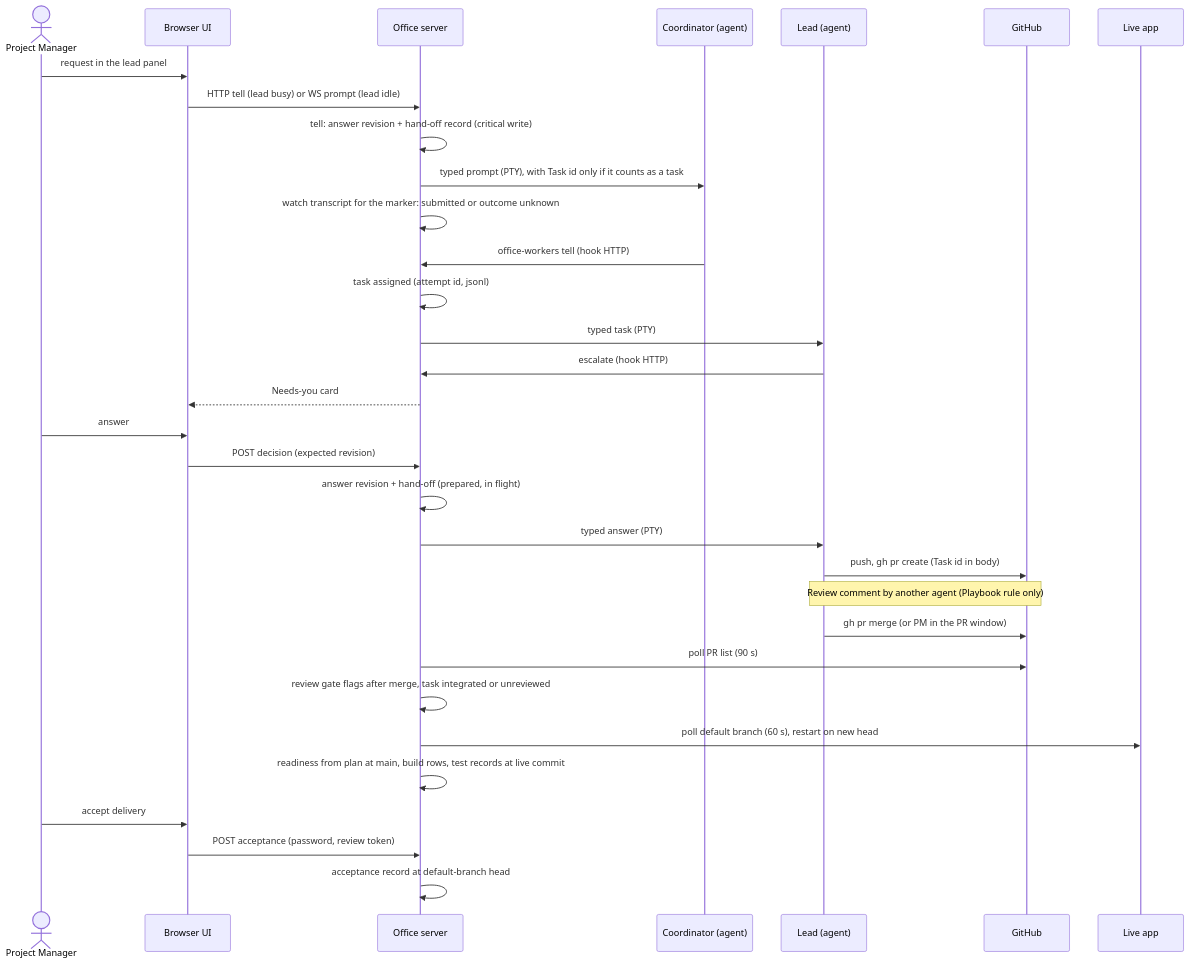
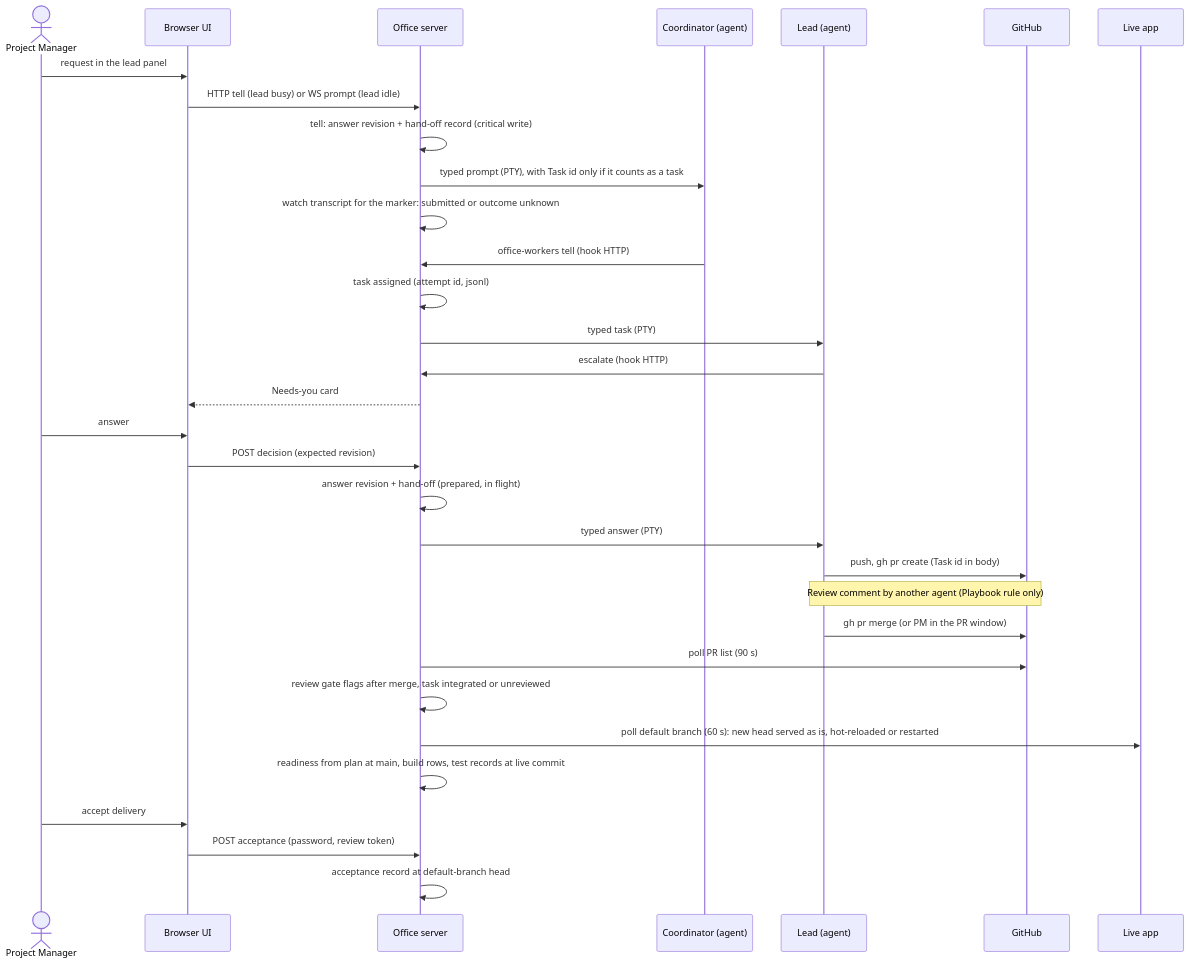
The diagram in docs/site/architecture/execution-lifecycle.md (keithchin/mx-office), drawn with Mermaid before and after one commit. The commit also changed other lines of this file and 17 other files, not shown here.

````diff
--- a/docs/site/architecture/execution-lifecycle.md
+++ b/docs/site/architecture/execution-lifecycle.md
@@ -15,34 +15,34 @@
 ```mermaid
 sequenceDiagram
   actor PM as Project Manager
   participant UI as Browser UI
   participant O as Office server
   participant C as Coordinator (agent)
   participant L as Lead (agent)
   participant G as GitHub
   participant A as Live app
   PM->>UI: request in the lead panel
   UI->>O: HTTP tell (lead busy) or WS prompt (lead idle)
   O->>O: tell: answer revision + hand-off record (critical write)
   O->>C: typed prompt (PTY), with Task id only if it counts as a task
   O->>O: watch transcript for the marker: submitted or outcome unknown
   C->>O: office-workers tell (hook HTTP)
   O->>O: task assigned (attempt id, jsonl)
   O->>L: typed task (PTY)
   L->>O: escalate (hook HTTP)
   O-->>UI: Needs-you card
   PM->>UI: answer
   UI->>O: POST decision (expected revision)
   O->>O: answer revision + hand-off (prepared, in flight)
   O->>L: typed answer (PTY)
   L->>G: push, gh pr create (Task id in body)
   Note over L,G: Review comment by another agent (Playbook rule only)
   L->>G: gh pr merge (or PM in the PR window)
   O->>G: poll PR list (90 s)
   O->>O: review gate flags after merge, task integrated or unreviewed
-  O->>A: poll default branch (60 s), restart on new head
+  O->>A: poll default branch (60 s): new head served as is, hot-reloaded or restarted
   O->>O: readiness from plan at main, build rows, test records at live commit
   PM->>UI: accept delivery
   UI->>O: POST acceptance (password, review token)
   O->>O: acceptance record at default-branch head
 ```
````
